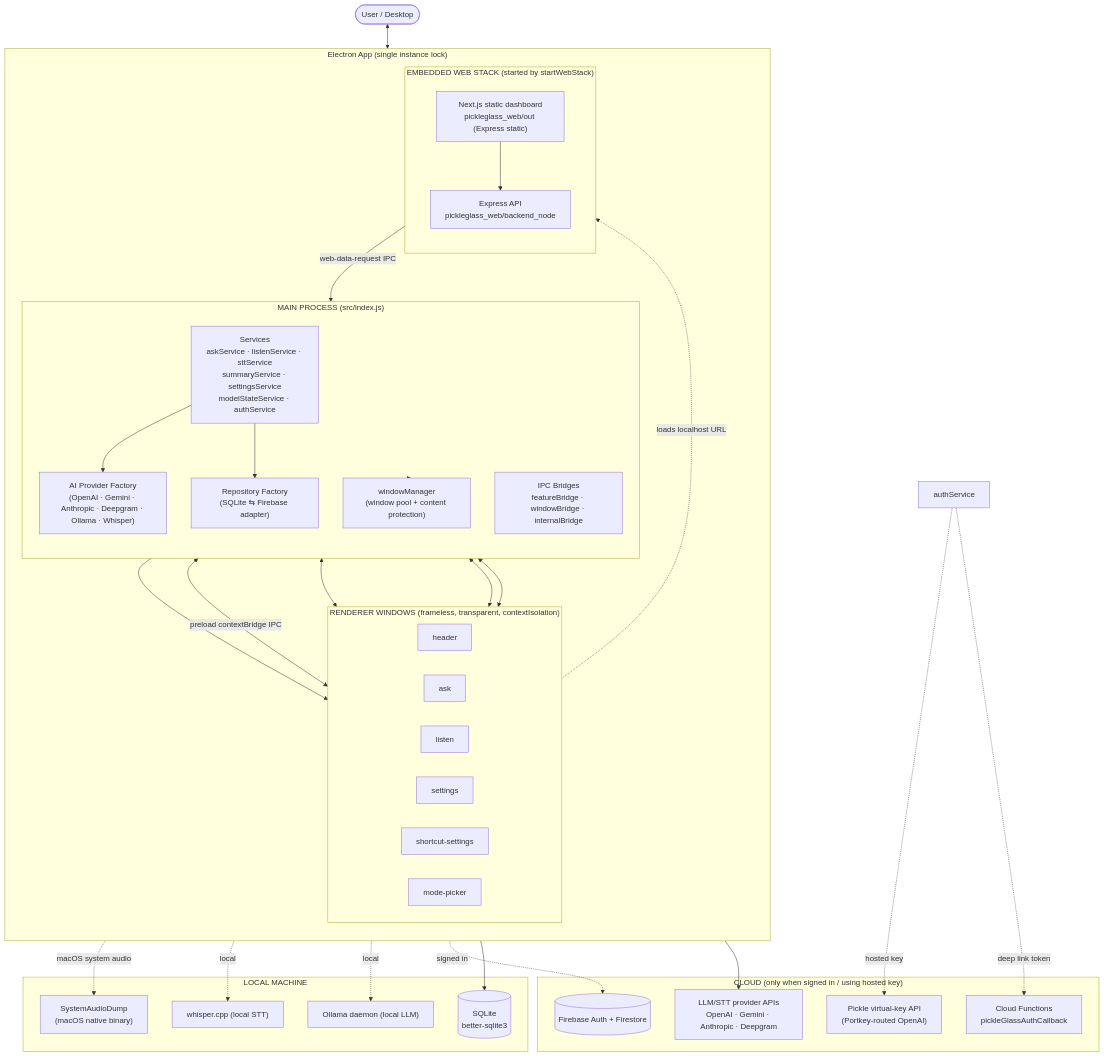
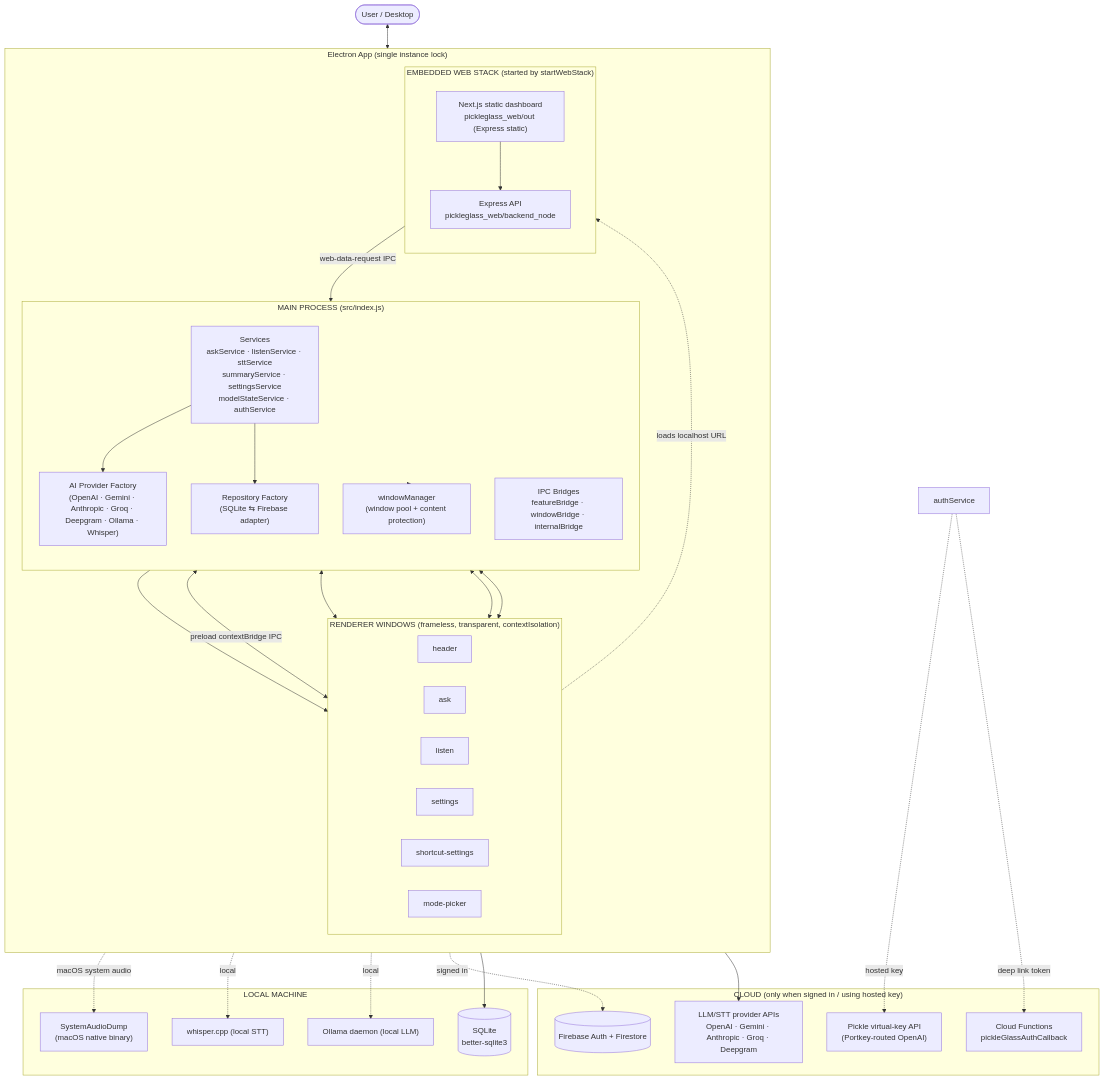
Before and after one commit to tas88-sys/glass: the diagram in docs/diagrams/01-system-topology.mmd, drawn with Mermaid. The commit also changed 14 other files, not shown here.

```diff
--- a/docs/diagrams/01-system-topology.mmd
+++ b/docs/diagrams/01-system-topology.mmd
@@ -1,70 +1,70 @@
 %% 01 - System / Process Topology
 %% Glass is one Electron app that internally runs: the main process, several
 %% frameless renderer windows, an embedded Express API + Next.js static server,
 %% and (optionally, when signed in) Firebase. All data logic lives in main.
 flowchart TB
     user(["User / Desktop"])
 
     subgraph electron["Electron App (single instance lock)"]
         direction TB
 
         subgraph main["MAIN PROCESS  (src/index.js)"]
             direction TB
             svc["Services<br/>askService · listenService · sttService<br/>summaryService · settingsService<br/>modelStateService · authService"]
             bridges["IPC Bridges<br/>featureBridge · windowBridge · internalBridge"]
             repos["Repository Factory<br/>(SQLite ⇆ Firebase adapter)"]
-            ai["AI Provider Factory<br/>(OpenAI · Gemini · Anthropic · Deepgram · Ollama · Whisper)"]
+            ai["AI Provider Factory<br/>(OpenAI · Gemini · Anthropic · Groq · Deepgram · Ollama · Whisper)"]
             winmgr["windowManager<br/>(window pool + content protection)"]
         end
 
         subgraph renderers["RENDERER WINDOWS  (frameless, transparent, contextIsolation)"]
             direction LR
             header["header"]
             ask["ask"]
             listen["listen"]
             settings["settings"]
             shortcut["shortcut-settings"]
             modepicker["mode-picker"]
         end
 
         subgraph webstack["EMBEDDED WEB STACK  (started by startWebStack)"]
             direction TB
             nextjs["Next.js static dashboard<br/>pickleglass_web/out (Express static)"]
             apisrv["Express API<br/>pickleglass_web/backend_node"]
         end
     end
 
     subgraph local["LOCAL MACHINE"]
         sqlite[("SQLite<br/>better-sqlite3")]
         sysaudio["SystemAudioDump<br/>(macOS native binary)"]
         ollama["Ollama daemon (local LLM)"]
         whisper["whisper.cpp (local STT)"]
     end
 
     subgraph cloud["CLOUD (only when signed in / using hosted key)"]
         firebase[("Firebase Auth + Firestore")]
         functions["Cloud Functions<br/>pickleGlassAuthCallback"]
         vkey["Pickle virtual-key API<br/>(Portkey-routed OpenAI)"]
-        providers["LLM/STT provider APIs<br/>OpenAI · Gemini · Anthropic · Deepgram"]
+        providers["LLM/STT provider APIs<br/>OpenAI · Gemini · Anthropic · Groq · Deepgram"]
     end
 
     user <--> header
     header <-->|preload contextBridge IPC| main
     ask <--> main
     listen <--> main
     settings <--> main
 
     main --> winmgr --> renderers
     svc --> ai --> providers
     svc --> repos
     repos --> sqlite
     repos -. signed in .-> firebase
     ai -. local .-> ollama
     ai -. local .-> whisper
     svc -. macOS system audio .-> sysaudio
 
     header -. loads localhost URL .-> nextjs
     nextjs --> apisrv
     apisrv -->|web-data-request IPC| main
     authService -. deep link token .-> functions
     authService -. hosted key .-> vkey
```
